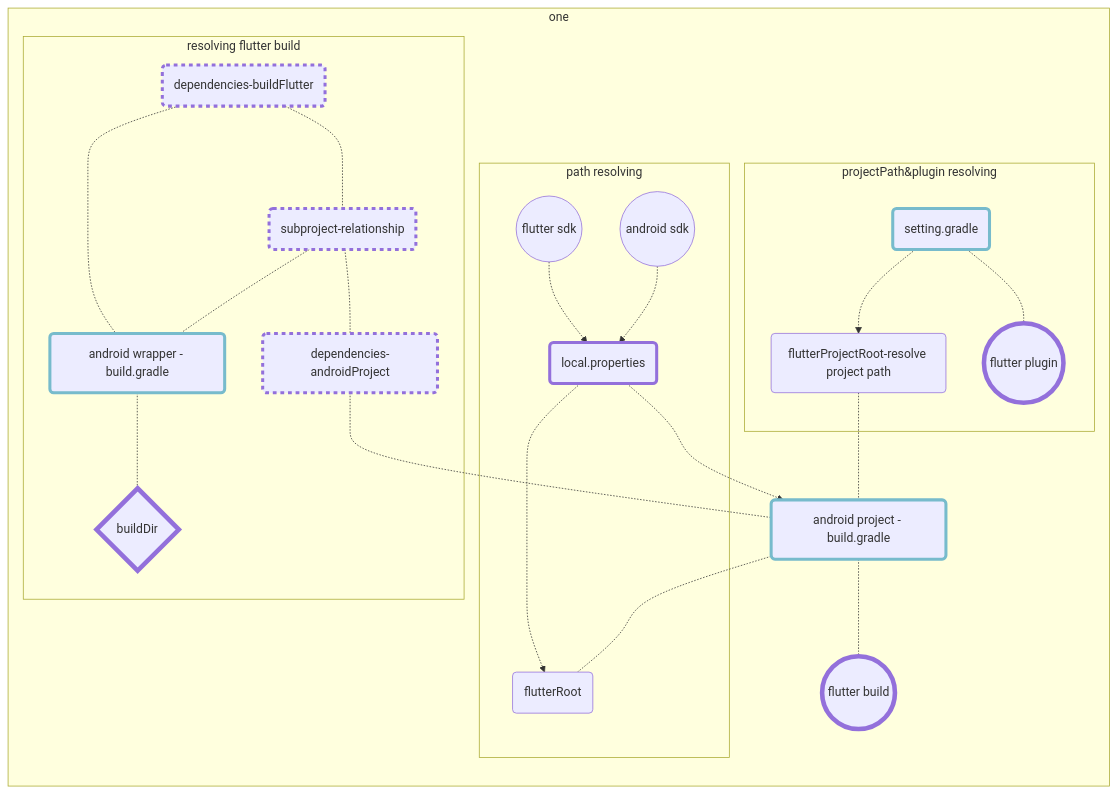
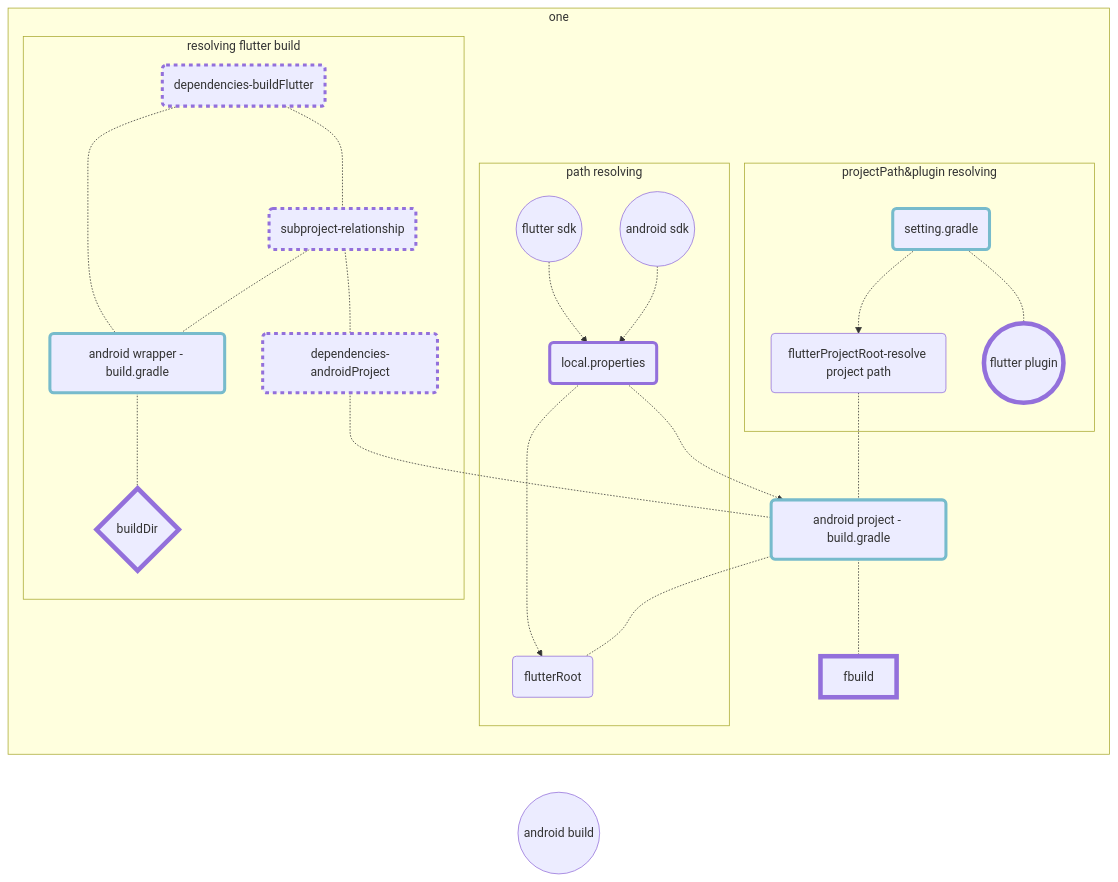
The first of 2 diagrams in flutter/addAndroidProjIntoFlutter.md (gordianknotC/nxp_note), drawn with Mermaid before and after one commit. The commit also changed other lines of this file, not shown here.

Commit message:
flutter/addAndroidProjIntoFlutter.md updated from https://stackedit.io/

````diff
--- a/flutter/addAndroidProjIntoFlutter.md
+++ b/flutter/addAndroidProjIntoFlutter.md
@@ -229,67 +229,67 @@
 ```mermaid
 graph LR
 	fdk((flutter sdk))
 	adk((android sdk))
 	
 	dfb{buildDir}
-	fbuild((flutter build))
+	abuild((android build))
 	fpgn((flutter plugin))
 	style fbuild stroke-width:6px   
 	style fpgn stroke-width:6px 
 	style dfb stroke-width:6px 
 	
 	loc(local.properties)
 	style loc stroke-width:4px   
 	
 	set(setting.gradle)
 	b1(android wrapper - build.gradle)
 	b2(android project - build.gradle)
 	style b1 stroke-width:4px, stroke:#7bc
 	style b2 stroke-width:4px, stroke:#7bc
 	style set stroke-width:4px, stroke:#7bc
 
 	dfr(flutterRoot)
 	dfp(flutterProjectRoot-resolve project path)
 	
 	
 	dandroid(dependencies-androidProject)
 	dflutter(dependencies-buildFlutter)
 	dsub(subproject-relationship)
 	style dandroid stroke-width:4px, stroke-dasharray: 5
 	style dflutter stroke-width:4px, stroke-dasharray: 5
 	style dsub stroke-width:4px, stroke-dasharray: 5
 	
 	
 subgraph one
 	subgraph path resolving
 		fdk -.-> loc
 		adk -.-> loc
 		loc -.-> dfr
 	end
 
 	loc -.-> b2
 	b2 -.- fbuild
 	b2 -.- dfr
 	dfp -.- b2
 	subgraph projectPath&plugin resolving
 		set-.->dfp
 		set -.- fpgn
 	end
 	dandroid -.- b2
 	subgraph resolving flutter build
 		b1 -.- dfb
 		
 		dflutter -.- b1
 		dsub -.- b1
 		dflutter -.- dsub
 		dsub-.- dandroid
 	end
 	
 	
 	
 end
 
 
 	
 
 ```
````
